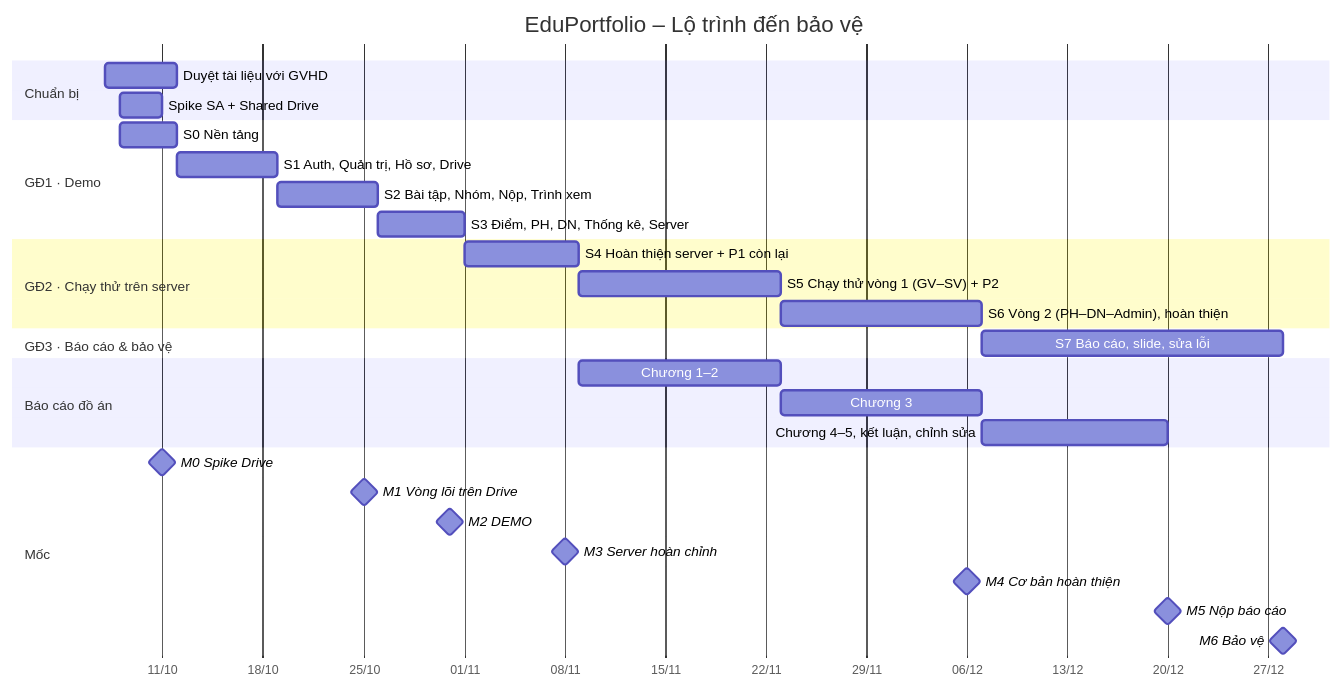
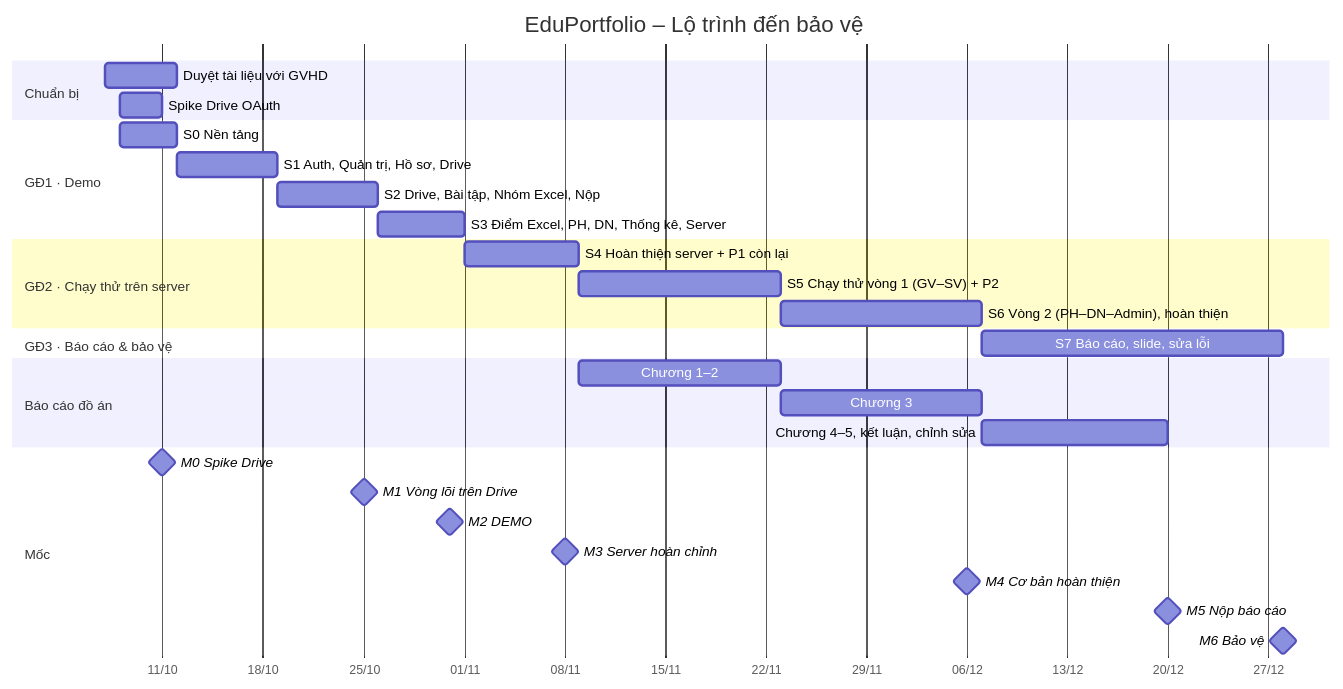
Before and after one commit to Tuaanss/-ATN: the diagram in docs/Plan_project.md, drawn with Mermaid. The commit also changed other lines of this file and 165 other files, not shown here.

````diff
--- a/docs/Plan_project.md
+++ b/docs/Plan_project.md
@@ -111,38 +112,38 @@
 ```mermaid
 gantt
   title EduPortfolio – Lộ trình đến bảo vệ
   dateFormat  YYYY-MM-DD
   axisFormat  %d/%m
 
   section Chuẩn bị
   Duyệt tài liệu với GVHD             : p0, 2026-10-07, 5d
-  Spike SA + Shared Drive             : p1, 2026-10-08, 3d
+  Spike Drive OAuth                  : p1, 2026-10-08, 3d
 
   section GĐ1 · Demo
   S0 Nền tảng                         : s0, 2026-10-08, 4d
   S1 Auth, Quản trị, Hồ sơ, Drive     : s1, 2026-10-12, 7d
-  S2 Bài tập, Nhóm, Nộp, Trình xem    : s2, 2026-10-19, 7d
-  S3 Điểm, PH, DN, Thống kê, Server   : s3, 2026-10-26, 6d
+  S2 Drive, Bài tập, Nhóm Excel, Nộp : s2, 2026-10-19, 7d
+  S3 Điểm Excel, PH, DN, Thống kê, Server : s3, 2026-10-26, 6d
 
   section GĐ2 · Chạy thử trên server
   S4 Hoàn thiện server + P1 còn lại   : s4, 2026-11-01, 8d
   S5 Chạy thử vòng 1 (GV–SV) + P2     : s5, 2026-11-09, 14d
   S6 Vòng 2 (PH–DN–Admin), hoàn thiện : s6, 2026-11-23, 14d
 
   section GĐ3 · Báo cáo & bảo vệ
   S7 Báo cáo, slide, sửa lỗi          : s7, 2026-12-07, 21d
 
   section Báo cáo đồ án
   Chương 1–2                          : r1, 2026-11-09, 14d
   Chương 3                            : r2, 2026-11-23, 14d
   Chương 4–5, kết luận, chỉnh sửa     : r3, 2026-12-07, 13d
 
   section Mốc
   M0 Spike Drive                      : milestone, m0, 2026-10-11, 0d
   M1 Vòng lõi trên Drive              : milestone, m1, 2026-10-25, 0d
   M2 DEMO                             : milestone, m2, 2026-10-31, 0d
   M3 Server hoàn chỉnh                : milestone, m3, 2026-11-08, 0d
   M4 Cơ bản hoàn thiện                : milestone, m4, 2026-12-06, 0d
   M5 Nộp báo cáo                      : milestone, m5, 2026-12-20, 0d
   M6 Bảo vệ                           : milestone, m6, 2026-12-28, 0d
 ```
````
